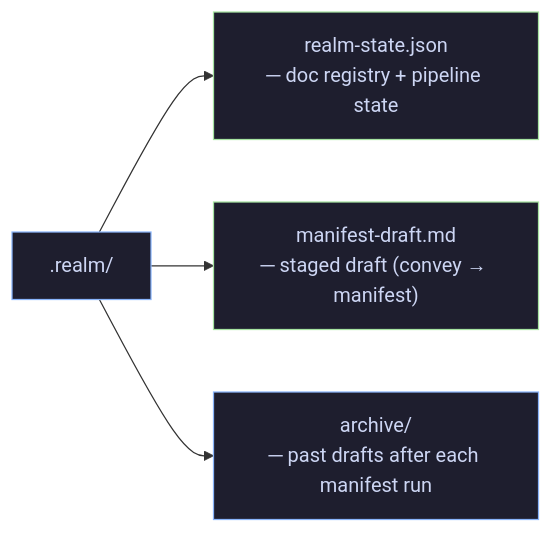
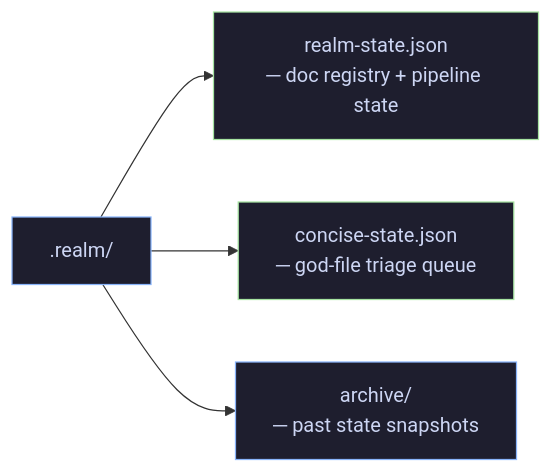
Before and after one commit to blackmo18/realm: the seventh of 8 diagrams in VISUALS.md, drawn with Mermaid. The commit also changed other lines of this file and 99 other files, not shown here.

````diff
--- a/VISUALS.md
+++ b/VISUALS.md
@@ -190,10 +159,10 @@
 ```mermaid
 graph LR
     ROOT[".realm/"]:::dir
     ROOT --> RS["realm-state.json\n─ doc registry + pipeline state"]:::node
-    ROOT --> MD["manifest-draft.md\n─ staged draft (convey → manifest)"]:::node
-    ROOT --> AR["archive/\n─ past drafts after each manifest run"]:::dir
+    ROOT --> CS["concise-state.json\n─ god-file triage queue"]:::node
+    ROOT --> AR["archive/\n─ past state snapshots"]:::dir
 
     classDef dir  fill:#1e1e2e,stroke:#89b4fa,color:#cdd6f4
     classDef node fill:#1e1e2e,stroke:#a6e3a1,color:#cdd6f4
 ```
````
